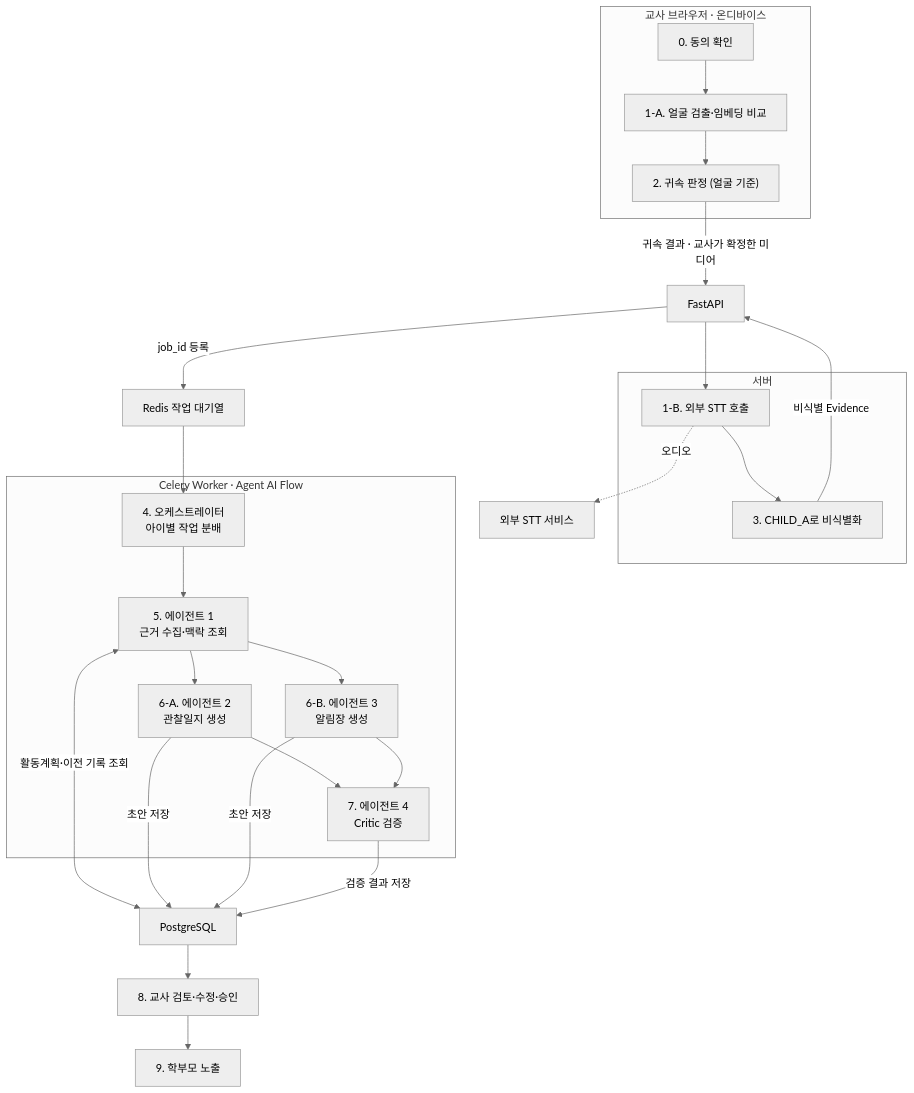
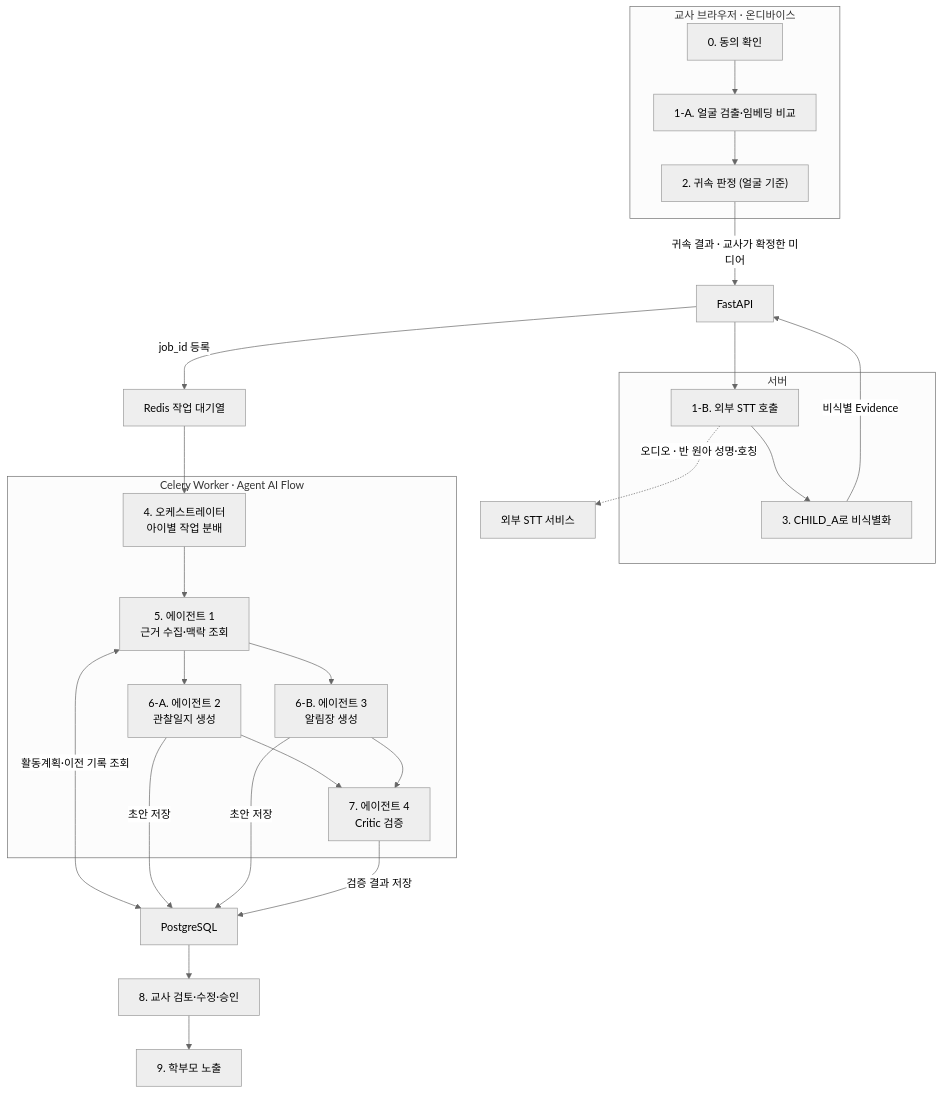
One commit to kakaotechcampus-4/ktc4-chungnam-4 changed the eighth of 9 diagrams in docs/테크스펙.md. Above: the diagram before and after it, drawn with Mermaid (neutral theme). The commit also changed other lines of this file and 2 other files, not shown here.

First line of the commit message:
docs: [rule] send class names as the STT prompt

````diff
--- a/docs/테크스펙.md
+++ b/docs/테크스펙.md
@@ -1339,51 +1339,51 @@
 ```mermaid
 flowchart TB
     subgraph DEVICE["교사 브라우저 · 온디바이스"]
         CONSENT["0. 동의 확인"]
         FACE["1-A. 얼굴 검출·임베딩 비교"]
         MATCH["2. 귀속 판정 (얼굴 기준)"]
 
         CONSENT --> FACE
         FACE --> MATCH
     end
 
     MATCH -->|"귀속 결과 · 교사가 확정한 미디어"| API["FastAPI"]
 
     subgraph SERVER["서버"]
         STT["1-B. 외부 STT 호출"]
         ANON["3. CHILD_A로 비식별화"]
 
         STT --> ANON
     end
 
     API --> STT
-    STT -.->|"오디오"| EXTSTT["외부 STT 서비스"]
+    STT -.->|"오디오 · 반 원아 성명·호칭"| EXTSTT["외부 STT 서비스"]
     ANON -->|"비식별 Evidence"| API
 
     API -->|"job_id 등록"| REDIS["Redis 작업 대기열"]
 
     subgraph WORKER["Celery Worker · Agent AI Flow"]
         ORCH["4. 오케스트레이터<br/>아이별 작업 분배"]
         AGENT1["5. 에이전트 1<br/>근거 수집·맥락 조회"]
         AGENT2["6-A. 에이전트 2<br/>관찰일지 생성"]
         AGENT3["6-B. 에이전트 3<br/>알림장 생성"]
         CRITIC["7. 에이전트 4<br/>Critic 검증"]
 
         ORCH --> AGENT1
         AGENT1 --> AGENT2
         AGENT1 --> AGENT3
         AGENT2 --> CRITIC
         AGENT3 --> CRITIC
     end
 
     REDIS --> ORCH
 
     AGENT1 <-->|"활동계획·이전 기록 조회"| DB["PostgreSQL"]
     AGENT2 -->|"초안 저장"| DB
     AGENT3 -->|"초안 저장"| DB
     CRITIC -->|"검증 결과 저장"| DB
 
     DB --> REVIEW["8. 교사 검토·수정·승인"]
     REVIEW --> PUBLISH["9. 학부모 노출"]
     
 ```
````
